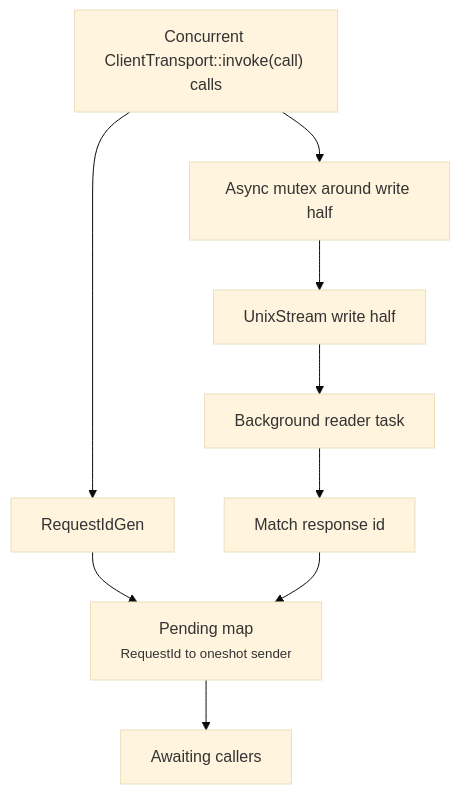
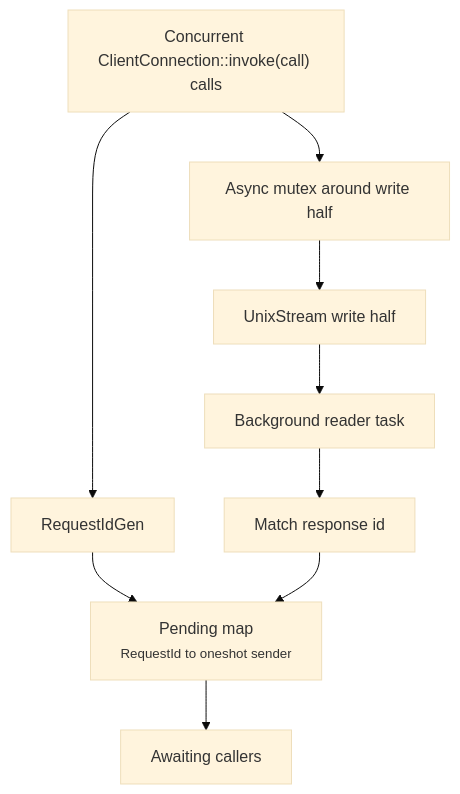
One commit to rust10x/rust10x changed the fifth of 7 diagrams in handbook/guide/domain/ipc/ipc-socket-design.md. Above: the diagram before and after it, drawn with Mermaid (base theme). The commit also changed other lines of this file, not shown here.

````diff
--- a/handbook/guide/domain/ipc/ipc-socket-design.md
+++ b/handbook/guide/domain/ipc/ipc-socket-design.md
@@ -146,11 +149,11 @@
 ```mermaid
 flowchart TB
-    Calls["Concurrent ClientTransport::invoke(call) calls"] --> Id["RequestIdGen"]
+    Calls["Concurrent ClientConnection::invoke(call) calls"] --> Id["RequestIdGen"]
     Id --> Pending["Pending map<br /><small>RequestId to oneshot sender</small>"]
     Calls --> Writer["Async mutex around write half"]
     Writer --> Socket["UnixStream write half"]
     Socket --> Reader["Background reader task"]
     Reader --> Match["Match response id"]
     Match --> Pending
     Pending --> Callers["Awaiting callers"]
 ```
````
